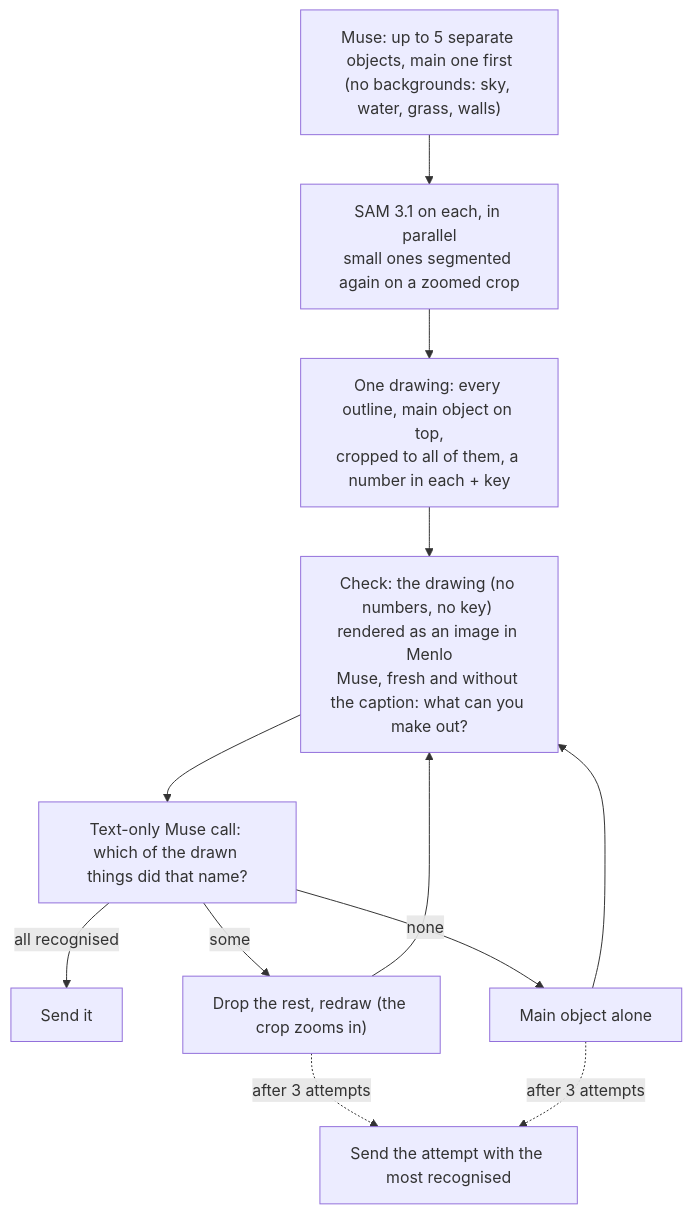
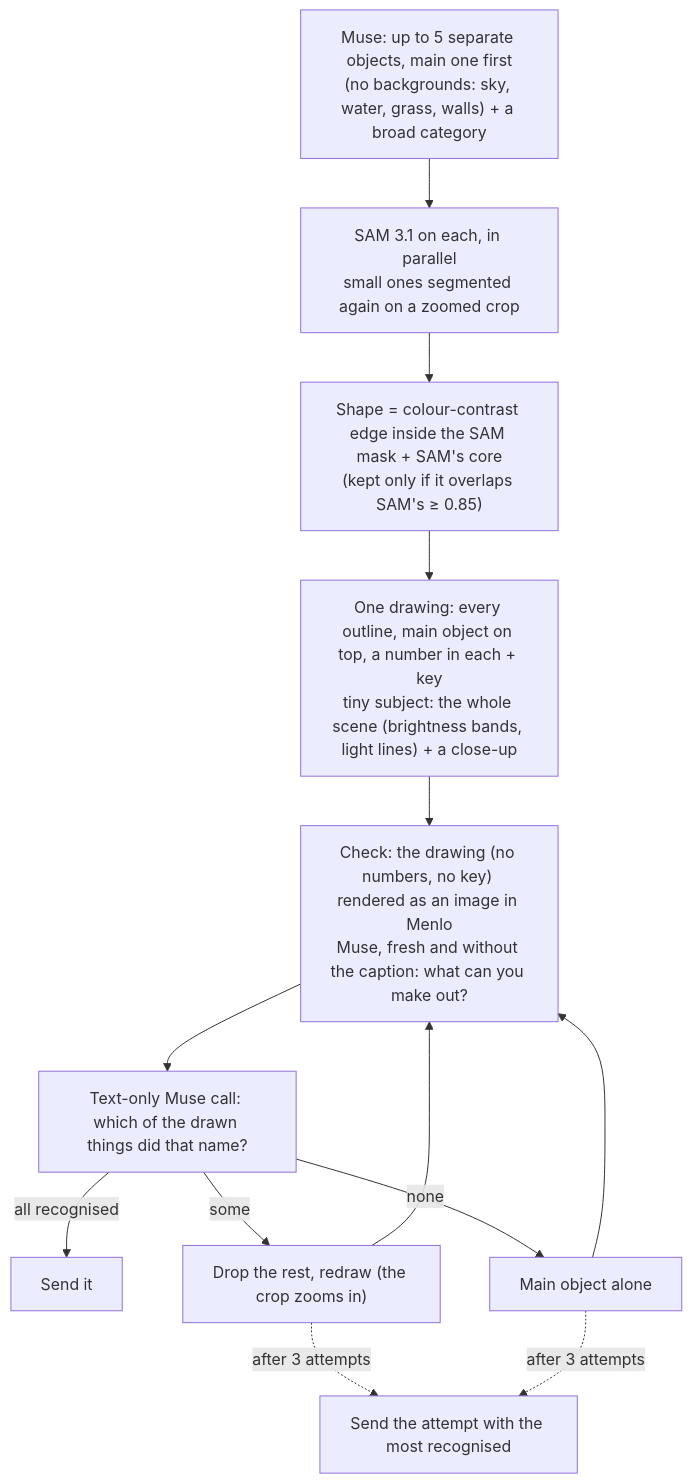
Before and after one commit to JacobOuyang/MapsImagesText: the sixth of 9 diagrams in README.md, drawn with Mermaid. The commit also changed other lines of this file and 4 other files, not shown here.

First line of the commit message:
Photo drawings: SAM shape + colour edge, scene for tiny subjects; no more crashes on odd replies

````diff
--- a/README.md
+++ b/README.md
@@ -761,11 +761,12 @@
 ```mermaid
 flowchart TD
-  A["Muse: up to 5 separate objects, main one first<br/>(no backgrounds: sky, water, grass, walls)"] --> B["SAM 3.1 on each, in parallel<br/>small ones segmented again on a zoomed crop"]
-  B --> C["One drawing: every outline, main object on top,<br/>cropped to all of them, a number in each + key"]
+  A["Muse: up to 5 separate objects, main one first<br/>(no backgrounds: sky, water, grass, walls) + a broad category"] --> B["SAM 3.1 on each, in parallel<br/>small ones segmented again on a zoomed crop"]
+  B --> RF["Shape = colour-contrast edge inside the SAM mask + SAM's core<br/>(kept only if it overlaps SAM's ≥ 0.85)"]
+  RF --> C["One drawing: every outline, main object on top, a number in each + key<br/>tiny subject: the whole scene (brightness bands, light lines) + a close-up"]
   C --> D["Check: the drawing (no numbers, no key) rendered as an image in Menlo<br/>Muse, fresh and without the caption: what can you make out?"]
   D --> E["Text-only Muse call: which of the drawn things did that name?"]
   E -- "all recognised" --> S["Send it"]
   E -- "some" --> R1["Drop the rest, redraw (the crop zooms in)"] --> D
   E -- "none" --> R2["Main object alone"] --> D
   R1 & R2 -. "after 3 attempts" .-> B2["Send the attempt with the most recognised"]
 ```
````
